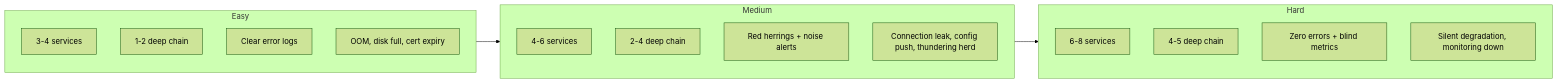
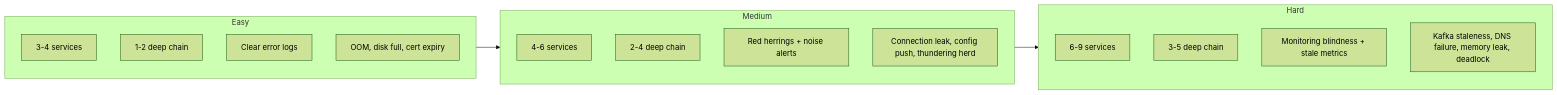
One commit to wildcraft958/incident_triage_env changed the seventh of 7 diagrams in docs/ARCHITECTURE.md. Above: the diagram before and after it, drawn with Mermaid (forest theme). The commit also changed other lines of this file, not shown here.

Commit message:
Update ARCHITECTURE.md for procedural generation and temporal simulation

````diff
--- a/docs/ARCHITECTURE.md
+++ b/docs/ARCHITECTURE.md
@@ -151,25 +188,25 @@
 ```mermaid
 flowchart LR
     subgraph Easy["Easy"]
         E1["3-4 services"]
         E2["1-2 deep chain"]
         E3["Clear error logs"]
         E4["OOM, disk full, cert expiry"]
     end
 
     subgraph Medium["Medium"]
         M1["4-6 services"]
         M2["2-4 deep chain"]
         M3["Red herrings + noise alerts"]
         M4["Connection leak, config push, thundering herd"]
     end
 
     subgraph Hard["Hard"]
-        H1["6-8 services"]
-        H2["4-5 deep chain"]
-        H3["Zero errors + blind metrics"]
-        H4["Silent degradation, monitoring down"]
+        H1["6-9 services"]
+        H2["3-5 deep chain"]
+        H3["Monitoring blindness + stale metrics"]
+        H4["Kafka staleness, DNS failure, memory leak, deadlock"]
     end
 
     Easy --> Medium --> Hard
 ```
````
